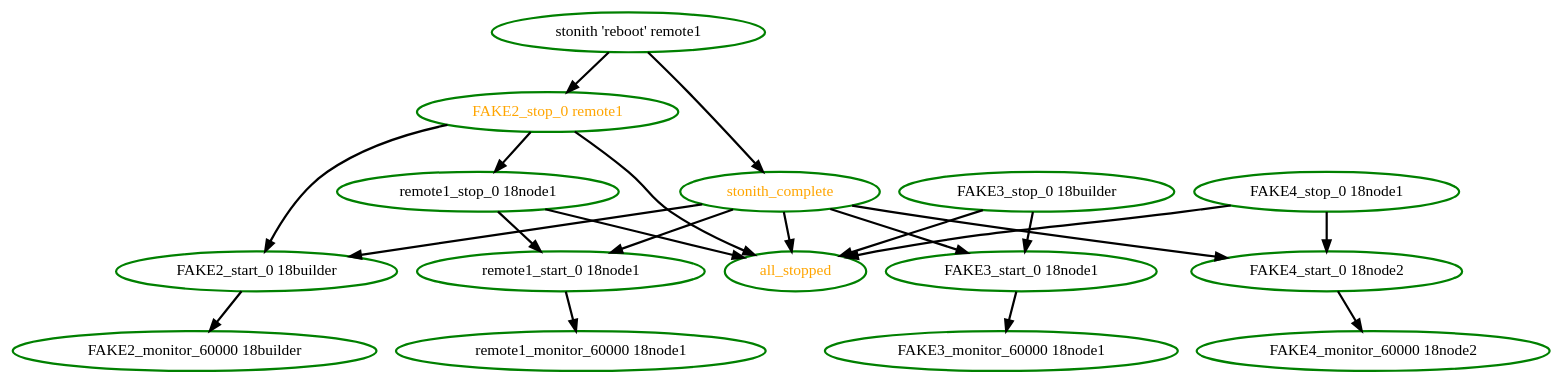
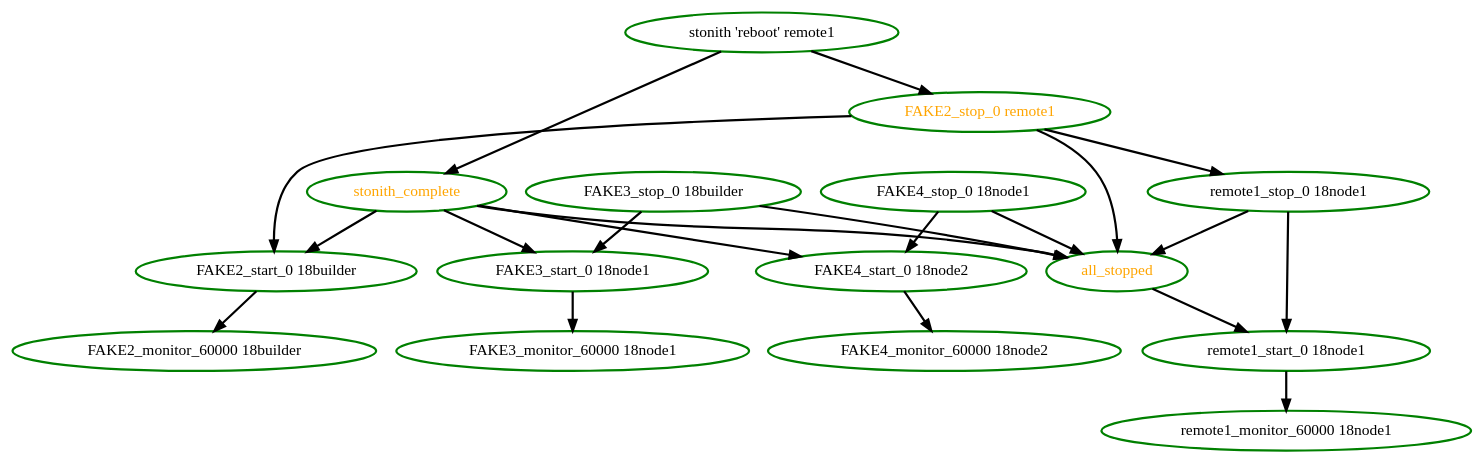
The diagram in pengine/test10/remote-fence-unclean.dot (ClusterLabs/pacemaker), drawn with Graphviz before and after one commit. The commit also changed 47 other files, not shown here.

```diff
--- a/pengine/test10/remote-fence-unclean.dot
+++ b/pengine/test10/remote-fence-unclean.dot
@@ -1,37 +1,37 @@
  digraph "g" {
 "FAKE2_monitor_60000 18builder" [ style=bold color="green" fontcolor="black"]
 "FAKE2_start_0 18builder" -> "FAKE2_monitor_60000 18builder" [ style = bold]
 "FAKE2_start_0 18builder" [ style=bold color="green" fontcolor="black"]
 "FAKE2_stop_0 remote1" -> "FAKE2_start_0 18builder" [ style = bold]
 "FAKE2_stop_0 remote1" -> "all_stopped" [ style = bold]
 "FAKE2_stop_0 remote1" -> "remote1_stop_0 18node1" [ style = bold]
 "FAKE2_stop_0 remote1" [ style=bold color="green" fontcolor="orange"]
 "FAKE3_monitor_60000 18node1" [ style=bold color="green" fontcolor="black"]
 "FAKE3_start_0 18node1" -> "FAKE3_monitor_60000 18node1" [ style = bold]
 "FAKE3_start_0 18node1" [ style=bold color="green" fontcolor="black"]
 "FAKE3_stop_0 18builder" -> "FAKE3_start_0 18node1" [ style = bold]
 "FAKE3_stop_0 18builder" -> "all_stopped" [ style = bold]
 "FAKE3_stop_0 18builder" [ style=bold color="green" fontcolor="black"]
 "FAKE4_monitor_60000 18node2" [ style=bold color="green" fontcolor="black"]
 "FAKE4_start_0 18node2" -> "FAKE4_monitor_60000 18node2" [ style = bold]
 "FAKE4_start_0 18node2" [ style=bold color="green" fontcolor="black"]
 "FAKE4_stop_0 18node1" -> "FAKE4_start_0 18node2" [ style = bold]
 "FAKE4_stop_0 18node1" -> "all_stopped" [ style = bold]
 "FAKE4_stop_0 18node1" [ style=bold color="green" fontcolor="black"]
+"all_stopped" -> "remote1_start_0 18node1" [ style = bold]
 "all_stopped" [ style=bold color="green" fontcolor="orange"]
 "remote1_monitor_60000 18node1" [ style=bold color="green" fontcolor="black"]
 "remote1_start_0 18node1" -> "remote1_monitor_60000 18node1" [ style = bold]
 "remote1_start_0 18node1" [ style=bold color="green" fontcolor="black"]
 "remote1_stop_0 18node1" -> "all_stopped" [ style = bold]
 "remote1_stop_0 18node1" -> "remote1_start_0 18node1" [ style = bold]
 "remote1_stop_0 18node1" [ style=bold color="green" fontcolor="black"]
 "stonith 'reboot' remote1" -> "FAKE2_stop_0 remote1" [ style = bold]
 "stonith 'reboot' remote1" -> "stonith_complete" [ style = bold]
 "stonith 'reboot' remote1" [ style=bold color="green" fontcolor="black"]
 "stonith_complete" -> "FAKE2_start_0 18builder" [ style = bold]
 "stonith_complete" -> "FAKE3_start_0 18node1" [ style = bold]
 "stonith_complete" -> "FAKE4_start_0 18node2" [ style = bold]
 "stonith_complete" -> "all_stopped" [ style = bold]
-"stonith_complete" -> "remote1_start_0 18node1" [ style = bold]
 "stonith_complete" [ style=bold color="green" fontcolor="orange"]
 }
```
